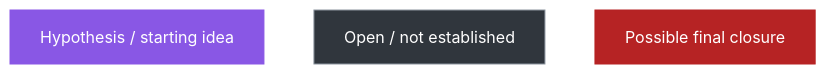
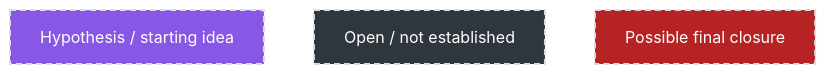
The third of 10 diagrams in Simplified_Framework/WHY_THIS_IS_NOT_A_THEORY_OF_EVERYTHING_YET.md (cameron467/The-Unbreakable-Law), drawn with Mermaid (neutral theme) before and after one commit. The commit also changed other lines of this file, not shown here.

````diff
--- a/Simplified_Framework/WHY_THIS_IS_NOT_A_THEORY_OF_EVERYTHING_YET.md
+++ b/Simplified_Framework/WHY_THIS_IS_NOT_A_THEORY_OF_EVERYTHING_YET.md
@@ -178,18 +174,18 @@
 ```mermaid
 flowchart LR
 
     A["Hypothesis / starting idea"]
     B["Open / not established"]
     C["Possible final closure"]
 
     A ~~~ B
     B ~~~ C
 
-    classDef hypothesis fill:#8957e5,stroke:#8957e5,color:#ffffff;
-    classDef open fill:#30363d,stroke:#8b949e,color:#ffffff;
-    classDef final fill:#b62324,stroke:#b62324,color:#ffffff;
+    classDef hypothesis fill:#8957e5,stroke:#d8dee4,stroke-width:2px,stroke-dasharray:6 4,color:#ffffff;
+    classDef open fill:#30363d,stroke:#d8dee4,stroke-width:2px,stroke-dasharray:6 4,color:#ffffff;
+    classDef final fill:#b62324,stroke:#d8dee4,stroke-width:2px,stroke-dasharray:6 4,color:#ffffff;
 
     class A hypothesis;
     class B open;
     class C final;
 ```
````
